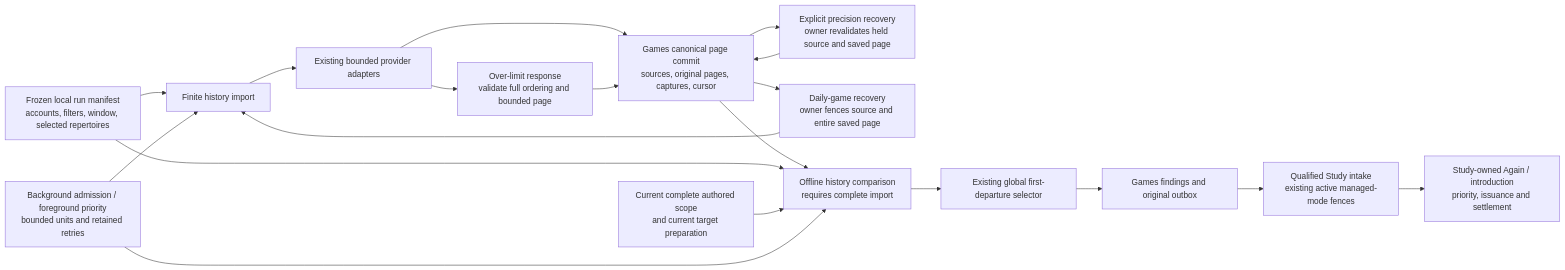
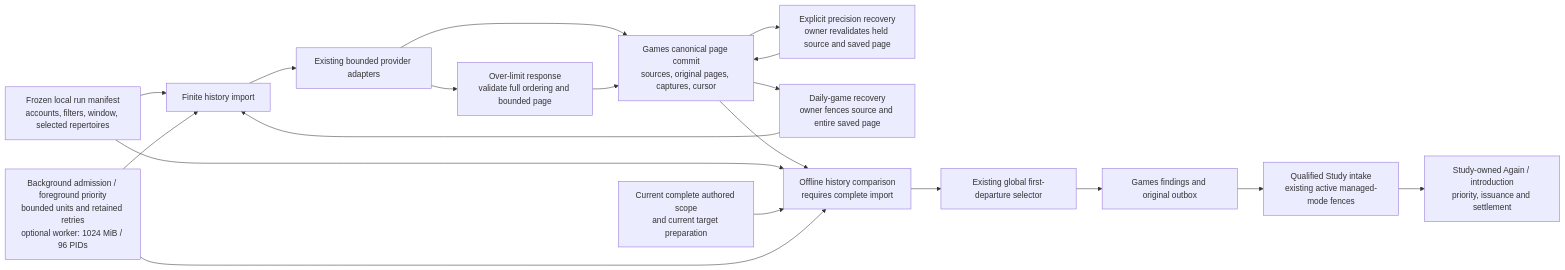
The first of 8 diagrams in backend/app/product_composition/README.md (aaweaver-actuary/tempo), drawn with Mermaid before and after one commit. The commit also changed 9 other files, not shown here.

Commit message:
Increase bounded Games feedback worker memory

````diff
--- a/backend/app/product_composition/README.md
+++ b/backend/app/product_composition/README.md
@@ -11,21 +11,21 @@
 ```mermaid
 flowchart LR
   Manifest["Frozen local run manifest<br/>accounts, filters, window, selected repertoires"] --> Import["Finite history import"]
   Import --> Providers["Existing bounded provider adapters"]
   Providers --> Commit["Games canonical page commit<br/>sources, original pages, captures, cursor"]
   Providers --> Oversized["Over-limit response<br/>validate full ordering and bounded page"]
   Oversized --> Commit
   Commit --> Recovery["Explicit precision recovery<br/>owner revalidates held source and saved page"]
   Commit --> DailyRecovery["Daily-game recovery<br/>owner fences source and entire saved page"]
   DailyRecovery --> Import
   Recovery --> Commit
   Commit --> Replay["Offline history comparison<br/>requires complete import"]
   Manifest --> Replay
   Scope["Current complete authored scope<br/>and current target preparation"] --> Replay
   Replay --> Selector["Existing global first-departure selector"]
   Selector --> Facts["Games findings and original outbox"]
   Facts --> Intake["Qualified Study intake<br/>existing active managed-mode fences"]
   Intake --> Study["Study-owned Again / introduction<br/>priority, issuance and settlement"]
-  Gate["Background admission / foreground priority<br/>bounded units and retained retries"] --> Import
+  Gate["Background admission / foreground priority<br/>bounded units and retained retries<br/>optional worker: 1024 MiB / 96 PIDs"] --> Import
   Gate --> Replay
 ```
````
